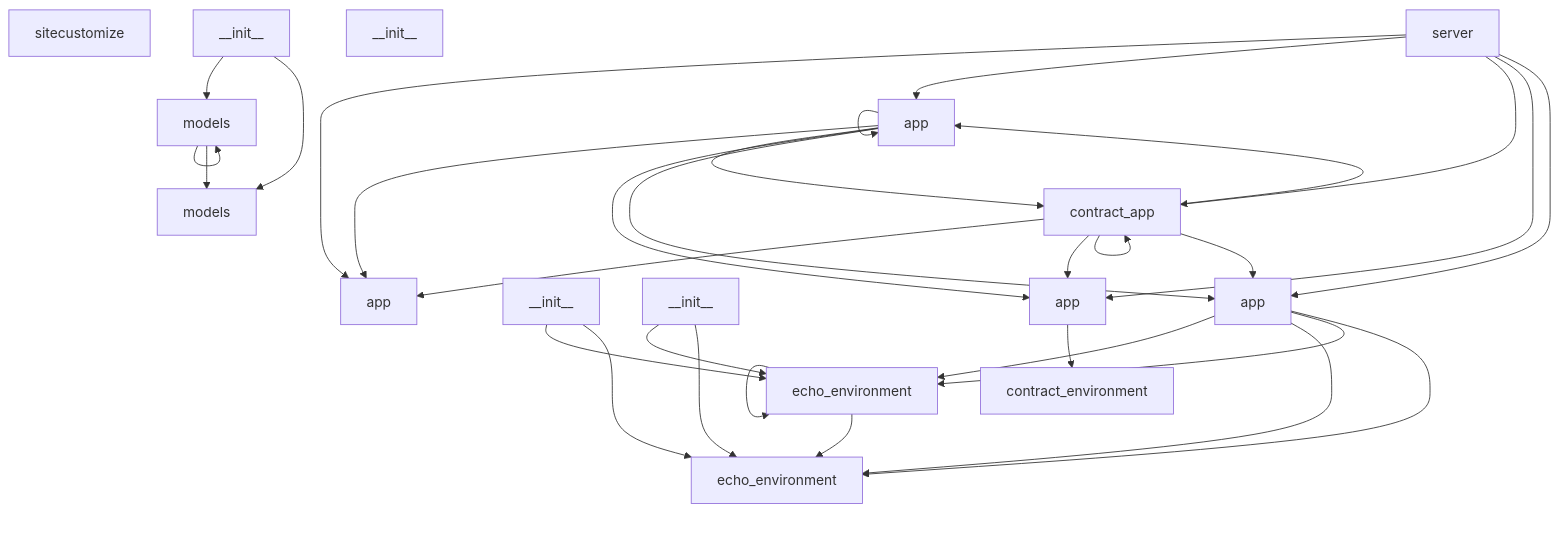
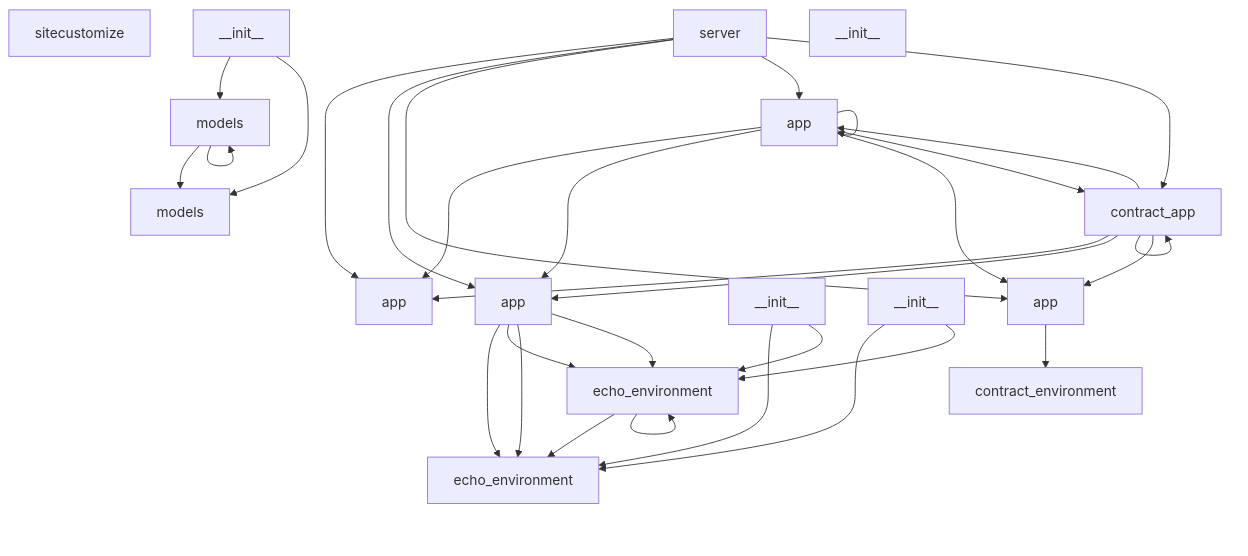
One commit to NITISH-R-G/DIALECTICA changed the first of 2 diagrams in README.md. Above: the diagram before and after it, drawn with Mermaid. The commit also changed other lines of this file and 2 other files, not shown here.

Commit message:
docs: Auto-update architecture and README

````diff
--- a/README.md
+++ b/README.md
@@ -26,65 +26,65 @@
 ```mermaid
 graph TD
+    app_py["app"]
+    click app_py href "app.py" "Go to source"
     sitecustomize_py["sitecustomize"]
     click sitecustomize_py href "sitecustomize.py" "Go to source"
-    app_py["app"]
-    click app_py href "app.py" "Go to source"
-    server_py["server"]
-    click server_py href "server.py" "Go to source"
-    server_py --> app_py
-    server_py --> server_app_py
-    server_py --> server_contract_app_py
-    server_py --> src_contract_env_server_app_py
-    server_py --> src_echo_env_server_app_py
     models_py["models"]
     click models_py href "models.py" "Go to source"
     models_py --> models_py
     models_py --> src_echo_env_models_py
-    server_app_py["app"]
-    click server_app_py href "server/app.py" "Go to source"
-    server_app_py --> app_py
-    server_app_py --> server_app_py
-    server_app_py --> server_contract_app_py
-    server_app_py --> src_contract_env_server_app_py
-    server_app_py --> src_echo_env_server_app_py
-    server_echo_environment_py["echo_environment"]
-    click server_echo_environment_py href "server/echo_environment.py" "Go to source"
-    server_echo_environment_py --> server_echo_environment_py
-    server_echo_environment_py --> src_echo_env_server_echo_environment_py
-    server___init___py["__init__"]
-    click server___init___py href "server/__init__.py" "Go to source"
-    server___init___py --> server_echo_environment_py
-    server___init___py --> src_echo_env_server_echo_environment_py
-    server_contract_app_py["contract_app"]
-    click server_contract_app_py href "server/contract_app.py" "Go to source"
-    server_contract_app_py --> app_py
-    server_contract_app_py --> server_app_py
-    server_contract_app_py --> server_contract_app_py
-    server_contract_app_py --> src_contract_env_server_app_py
-    server_contract_app_py --> src_echo_env_server_app_py
+    server_py["server"]
+    click server_py href "server.py" "Go to source"
+    server_py --> app_py
+    server_py --> src_echo_env_server_app_py
+    server_py --> src_contract_env_server_app_py
+    server_py --> server_app_py
+    server_py --> server_contract_app_py
+    src_echo_env___init___py["__init__"]
+    click src_echo_env___init___py href "src/echo_env/__init__.py" "Go to source"
+    src_echo_env___init___py --> models_py
+    src_echo_env___init___py --> src_echo_env_models_py
+    src_echo_env_models_py["models"]
+    click src_echo_env_models_py href "src/echo_env/models.py" "Go to source"
+    src_echo_env_server___init___py["__init__"]
+    click src_echo_env_server___init___py href "src/echo_env/server/__init__.py" "Go to source"
+    src_echo_env_server___init___py --> src_echo_env_server_echo_environment_py
+    src_echo_env_server___init___py --> server_echo_environment_py
+    src_echo_env_server_app_py["app"]
+    click src_echo_env_server_app_py href "src/echo_env/server/app.py" "Go to source"
+    src_echo_env_server_app_py --> src_echo_env_server_echo_environment_py
+    src_echo_env_server_app_py --> server_echo_environment_py
+    src_echo_env_server_app_py --> src_echo_env_server_echo_environment_py
+    src_echo_env_server_app_py --> server_echo_environment_py
+    src_echo_env_server_echo_environment_py["echo_environment"]
+    click src_echo_env_server_echo_environment_py href "src/echo_env/server/echo_environment.py" "Go to source"
     src_contract_env___init___py["__init__"]
     click src_contract_env___init___py href "src/contract_env/__init__.py" "Go to source"
     src_contract_env_server_app_py["app"]
     click src_contract_env_server_app_py href "src/contract_env/server/app.py" "Go to source"
     src_contract_env_server_app_py --> src_contract_env_server_contract_environment_py
     src_contract_env_server_contract_environment_py["contract_environment"]
     click src_contract_env_server_contract_environment_py href "src/contract_env/server/contract_environment.py" "Go to source"
-    src_echo_env___init___py["__init__"]
-    click src_echo_env___init___py href "src/echo_env/__init__.py" "Go to source"
-    src_echo_env___init___py --> models_py
-    src_echo_env___init___py --> src_echo_env_models_py
-    src_echo_env_models_py["models"]
-    click src_echo_env_models_py href "src/echo_env/models.py" "Go to source"
-    src_echo_env_server_app_py["app"]
-    click src_echo_env_server_app_py href "src/echo_env/server/app.py" "Go to source"
-    src_echo_env_server_app_py --> server_echo_environment_py
-    src_echo_env_server_app_py --> src_echo_env_server_echo_environment_py
-    src_echo_env_server_app_py --> server_echo_environment_py
-    src_echo_env_server_app_py --> src_echo_env_server_echo_environment_py
-    src_echo_env_server_echo_environment_py["echo_environment"]
-    click src_echo_env_server_echo_environment_py href "src/echo_env/server/echo_environment.py" "Go to source"
-    src_echo_env_server___init___py["__init__"]
-    click src_echo_env_server___init___py href "src/echo_env/server/__init__.py" "Go to source"
-    src_echo_env_server___init___py --> server_echo_environment_py
-    src_echo_env_server___init___py --> src_echo_env_server_echo_environment_py
+    server___init___py["__init__"]
+    click server___init___py href "server/__init__.py" "Go to source"
+    server___init___py --> src_echo_env_server_echo_environment_py
+    server___init___py --> server_echo_environment_py
+    server_app_py["app"]
+    click server_app_py href "server/app.py" "Go to source"
+    server_app_py --> app_py
+    server_app_py --> src_echo_env_server_app_py
+    server_app_py --> src_contract_env_server_app_py
+    server_app_py --> server_app_py
+    server_app_py --> server_contract_app_py
+    server_contract_app_py["contract_app"]
+    click server_contract_app_py href "server/contract_app.py" "Go to source"
+    server_contract_app_py --> app_py
+    server_contract_app_py --> src_echo_env_server_app_py
+    server_contract_app_py --> src_contract_env_server_app_py
+    server_contract_app_py --> server_app_py
+    server_contract_app_py --> server_contract_app_py
+    server_echo_environment_py["echo_environment"]
+    click server_echo_environment_py href "server/echo_environment.py" "Go to source"
+    server_echo_environment_py --> src_echo_env_server_echo_environment_py
+    server_echo_environment_py --> server_echo_environment_py
 ```
````
